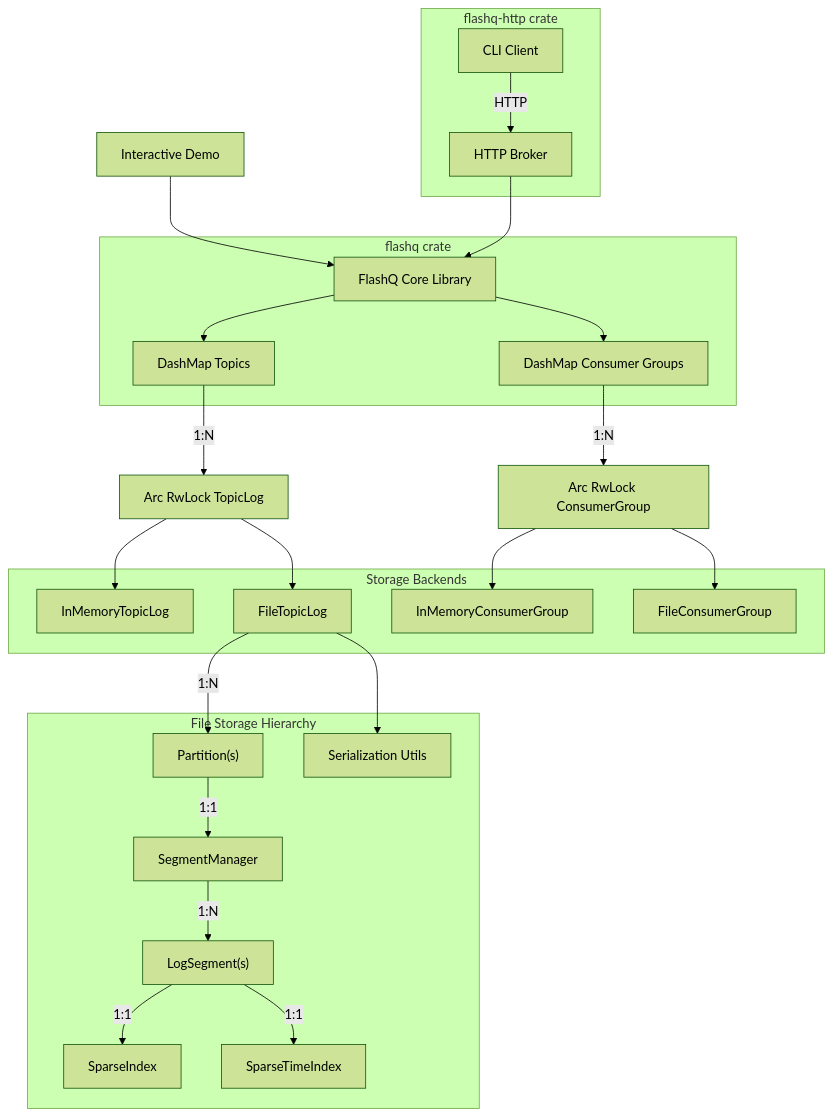
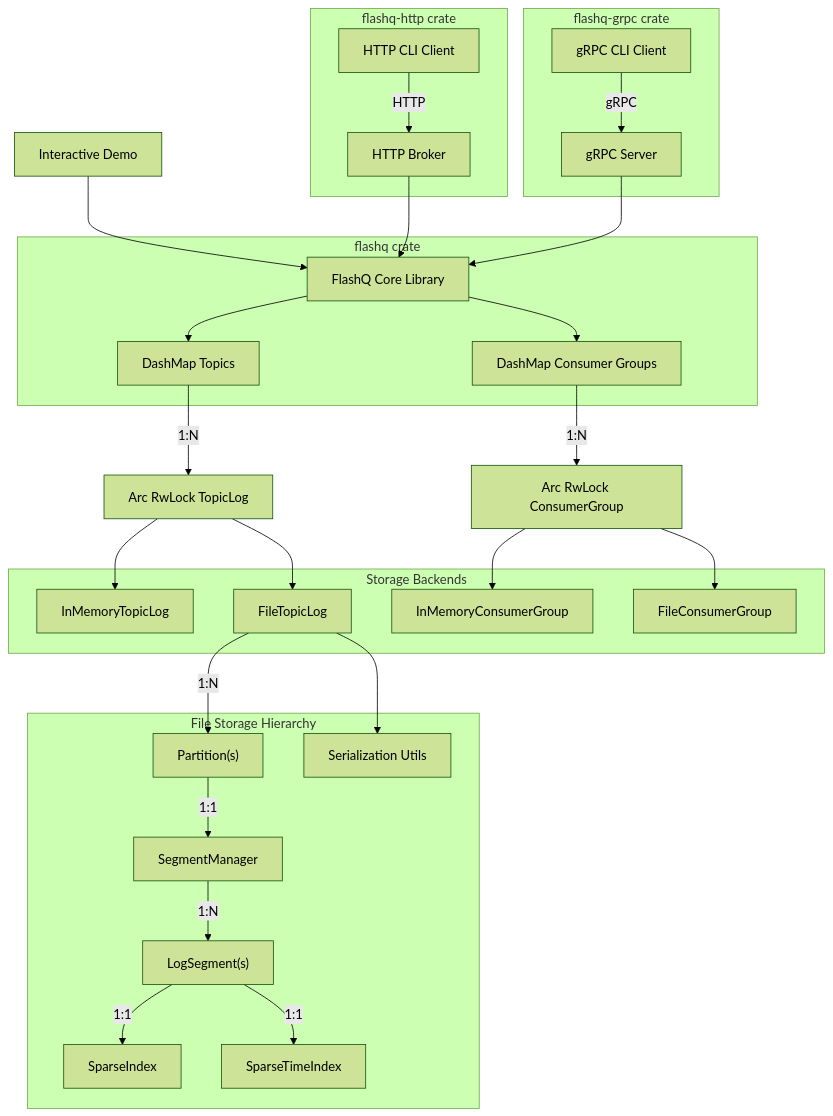
Before and after one commit to harshitmahapatra/flashq: the first of 2 diagrams in docs/architecture.md, drawn with Mermaid (forest theme). The commit also changed other lines of this file and 22 other files, not shown here.

````diff
--- a/docs/architecture.md
+++ b/docs/architecture.md
@@ -7,44 +7,51 @@
 ```mermaid
 graph TD
-    A[CLI Client] -->|HTTP| B[HTTP Broker]
+    A[HTTP CLI Client] -->|HTTP| B[HTTP Broker]
+    A2[gRPC CLI Client] -->|gRPC| B2[gRPC Server]
     C[Interactive Demo] --> D[FlashQ Core Library]
     B --> D
+    B2 --> D
 
     subgraph "flashq-http crate"
         B
         A
+    end
+
+    subgraph "flashq-grpc crate"
+        B2
+        A2
     end
 
     subgraph "flashq crate"
         D
         E[DashMap Topics]
         F[DashMap Consumer Groups]
     end
 
     D --> E
     D --> F
 
     E -->|"1:N"| G[Arc RwLock TopicLog]
     F -->|"1:N"| H[Arc RwLock ConsumerGroup]
 
     subgraph "Storage Backends"
         I[InMemoryTopicLog]
         J[FileTopicLog]
         K[InMemoryConsumerGroup]
         L[FileConsumerGroup]
     end
 
     subgraph "File Storage Hierarchy"
         J -->|"1:N"| JP["Partition(s)"]
         JP -->|"1:1"| M["SegmentManager"]
         M -->|"1:N"| N["LogSegment(s)"]
         N -->|"1:1"| O["SparseIndex"]
         N -->|"1:1"| Q["SparseTimeIndex"]
         J --> P["Serialization Utils"]
     end
 
     G --> I
     G --> J
     H --> K
     H --> L
 ```
````
